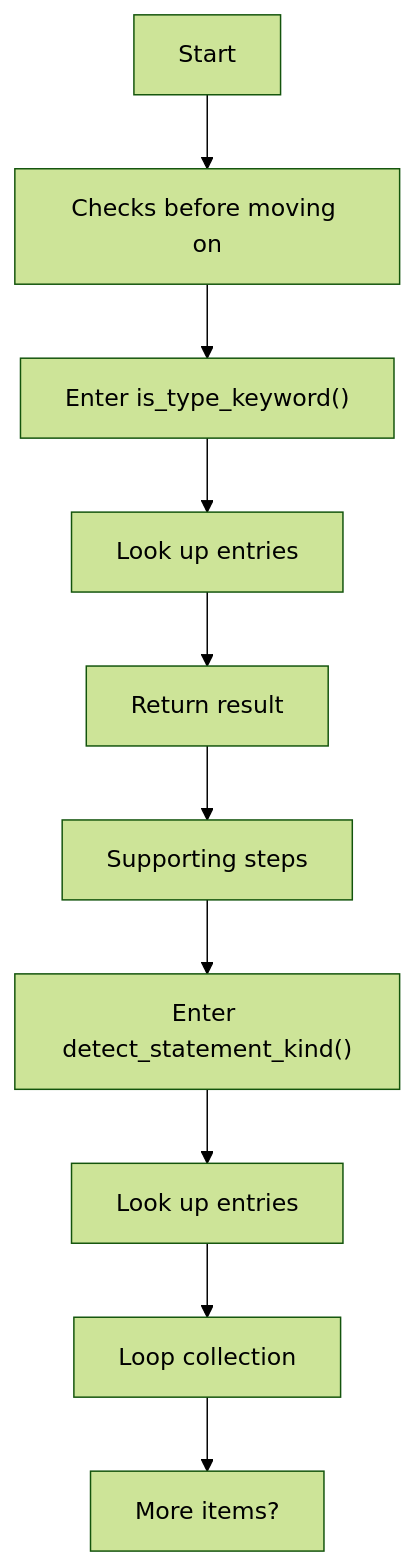
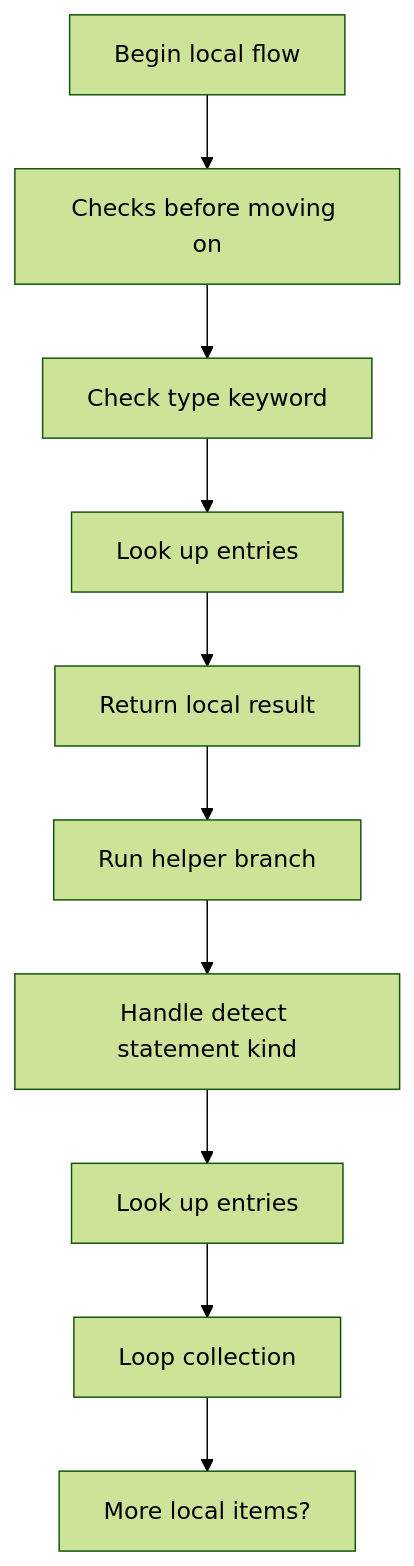
The first of 5 diagrams in docs/Codebase/Microservice/Modules/Source/Trees/ClassGeneration/Actual/Internal/Statement/Flow/statement_program_flow.cpp.md (JohnAndrewBalbarosa/NeoTerritory), drawn with Mermaid (forest theme) before and after one commit. The commit also changed other lines of this file and 915 other files, not shown here.

````diff
--- a/docs/Codebase/Microservice/Modules/Source/Trees/ClassGeneration/Actual/Internal/Statement/Flow/statement_program_flow.cpp.md
+++ b/docs/Codebase/Microservice/Modules/Source/Trees/ClassGeneration/Actual/Internal/Statement/Flow/statement_program_flow.cpp.md
@@ -15,22 +15,22 @@
 ```mermaid
 flowchart TD
-    N0["Start"]
+    N0["Begin local flow"]
     N1["Checks before moving on"]
-    N2["Enter is_type_keyword()"]
+    N2["Check type keyword"]
     N3["Look up entries"]
-    N4["Return result"]
-    N5["Supporting steps"]
-    N6["Enter detect_statement_kind()"]
+    N4["Return local result"]
+    N5["Run helper branch"]
+    N6["Handle detect statement kind"]
     N7["Look up entries"]
     N8["Loop collection"]
-    N9["More items?"]
+    N9["More local items?"]
     N0 --> N1
     N1 --> N2
     N2 --> N3
     N3 --> N4
     N4 --> N5
     N5 --> N6
     N6 --> N7
     N7 --> N8
     N8 --> N9
 ```
````
